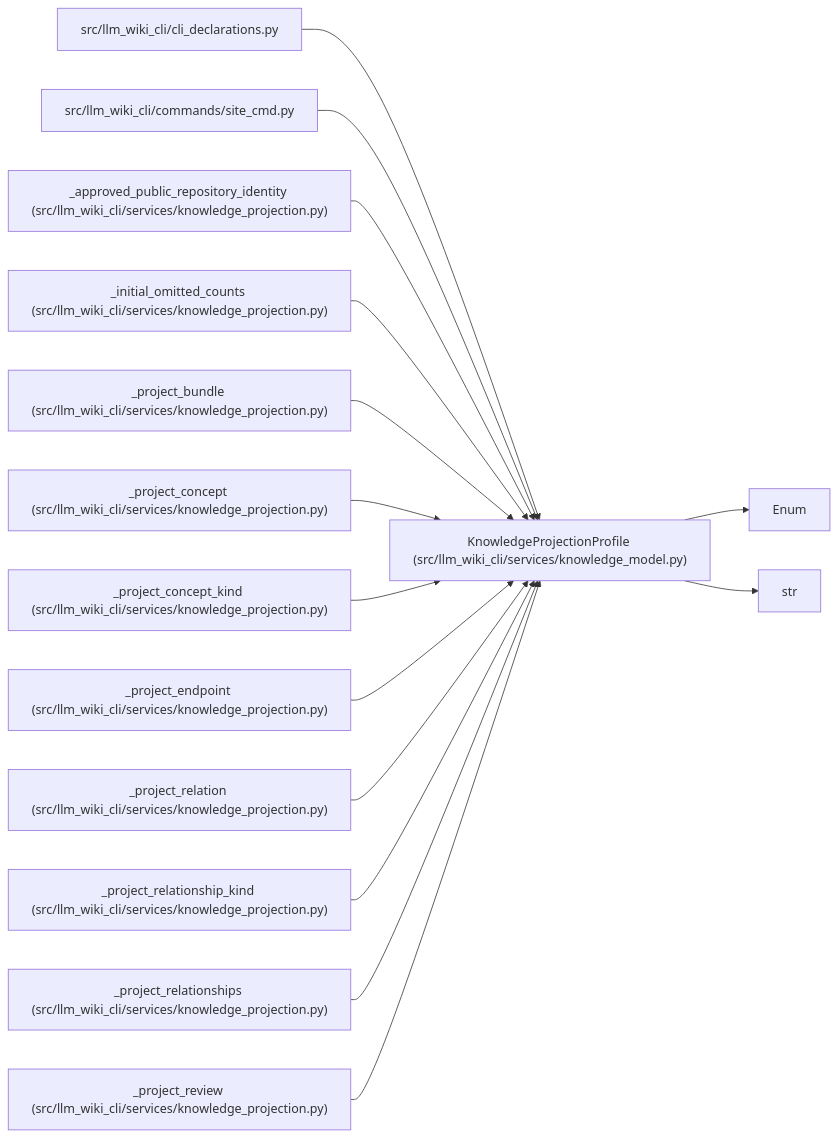
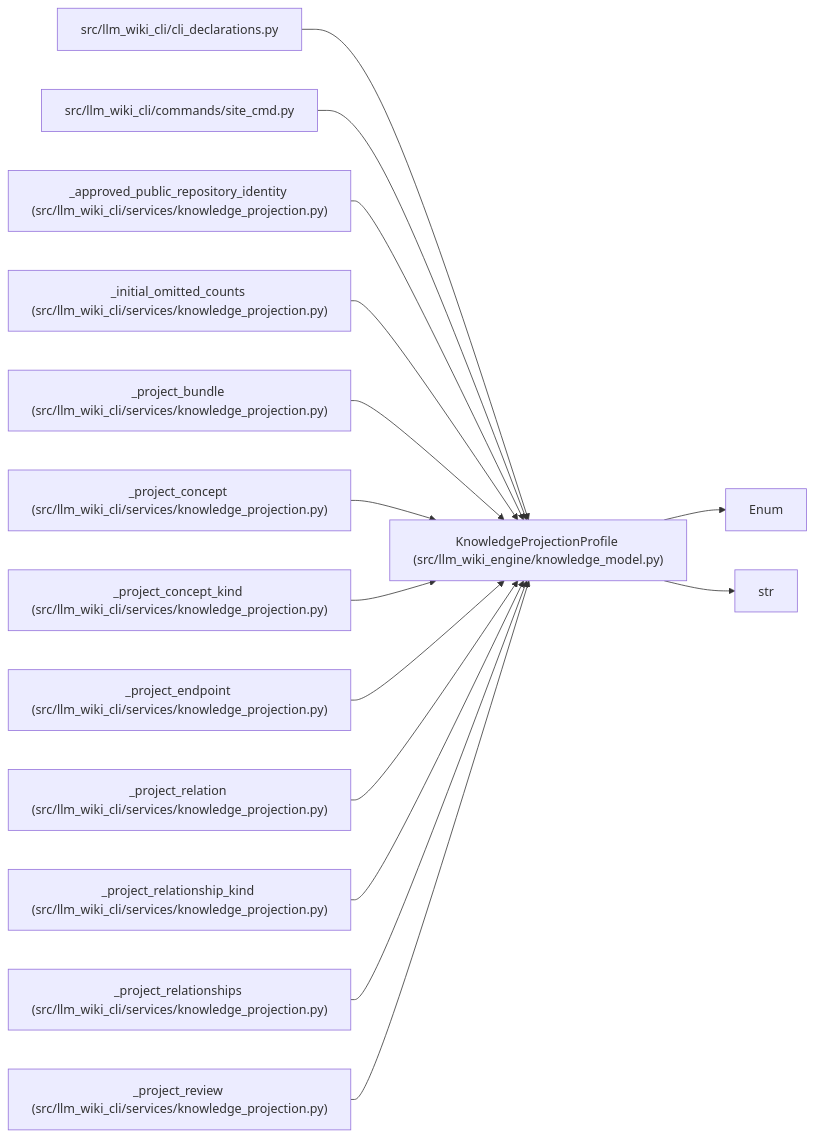
One commit to Denissvgn/python-wiki-llm changed the diagram in docs/llm_wiki/entities/KnowledgeProjectionProfile.md. Above: the diagram before and after it, drawn with Mermaid. The commit also changed other lines of this file and 1058 other files, not shown here.

First line of the commit message:
docs: refresh the wiki for the knowledge store move

````diff
--- a/docs/llm_wiki/entities/KnowledgeProjectionProfile.md
+++ b/docs/llm_wiki/entities/KnowledgeProjectionProfile.md
@@ -26,45 +26,45 @@
 ```mermaid
 flowchart LR
-    n0["KnowledgeProjectionProfile (src/llm_wiki_cli/services/knowledge_model.py)"]
+    n0["KnowledgeProjectionProfile (src/llm_wiki_engine/knowledge_model.py)"]
     n1["Enum"]
     n2["str"]
     n3["src/llm_wiki_cli/cli_declarations.py"]
     n4["src/llm_wiki_cli/commands/site_cmd.py"]
     n5["_approved_public_repository_identity (src/llm_wiki_cli/services/knowledge_projection.py)"]
     n6["_initial_omitted_counts (src/llm_wiki_cli/services/knowledge_projection.py)"]
     n7["_project_bundle (src/llm_wiki_cli/services/knowledge_projection.py)"]
     n8["_project_concept (src/llm_wiki_cli/services/knowledge_projection.py)"]
     n9["_project_concept_kind (src/llm_wiki_cli/services/knowledge_projection.py)"]
     n10["_project_endpoint (src/llm_wiki_cli/services/knowledge_projection.py)"]
     n11["_project_relation (src/llm_wiki_cli/services/knowledge_projection.py)"]
     n12["_project_relationship_kind (src/llm_wiki_cli/services/knowledge_projection.py)"]
     n13["_project_relationships (src/llm_wiki_cli/services/knowledge_projection.py)"]
     n14["_project_review (src/llm_wiki_cli/services/knowledge_projection.py)"]
     n0 --> n1
     n0 --> n2
     n3 --> n0
     n4 --> n0
     n5 --> n0
     n6 --> n0
     n7 --> n0
     n8 --> n0
     n9 --> n0
     n10 --> n0
     n11 --> n0
     n12 --> n0
     n13 --> n0
     n14 --> n0
     click n0 "../modules/knowledge_model.md"
     click n3 "../modules/cli_declarations.md"
     click n4 "../modules/site_cmd.md"
     click n5 "../modules/knowledge_projection.md"
     click n6 "../modules/knowledge_projection.md"
     click n7 "../modules/knowledge_projection.md"
     click n8 "../modules/knowledge_projection.md"
     click n9 "../modules/knowledge_projection.md"
     click n10 "../modules/knowledge_projection.md"
     click n11 "../modules/knowledge_projection.md"
     click n12 "../modules/knowledge_projection.md"
     click n13 "../modules/knowledge_projection.md"
     click n14 "../modules/knowledge_projection.md"
 ```
````
